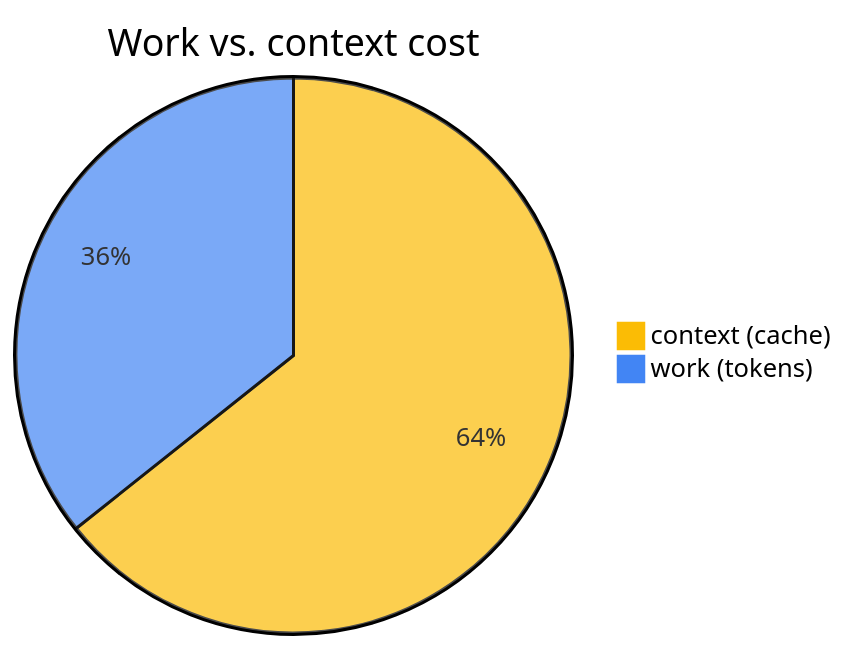
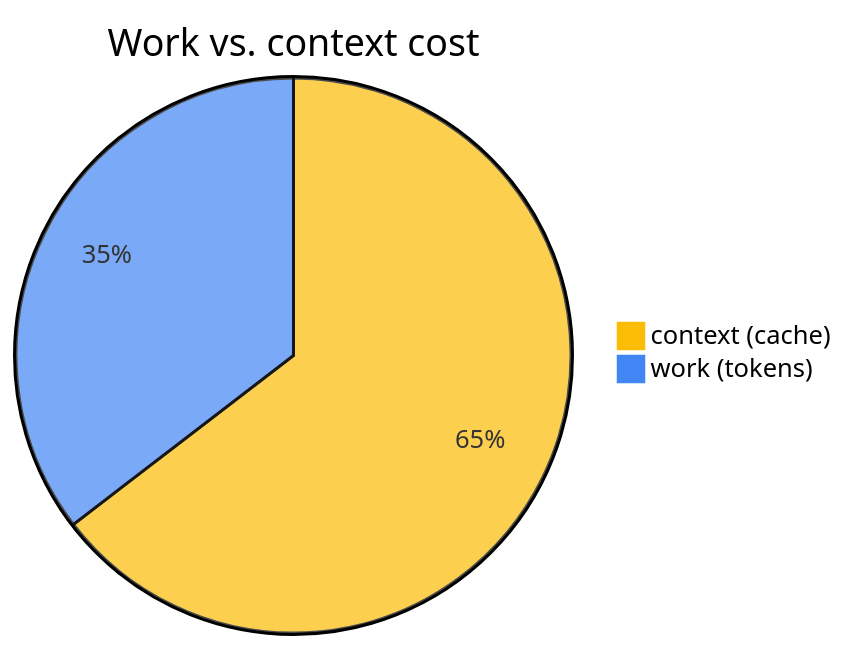
One commit to kstencell/fretflow changed the second of 2 diagrams in docs/ai-usage.md. Above: the diagram before and after it, drawn with Mermaid. The commit also changed other lines of this file and 2 other files, not shown here.

````diff
--- a/docs/ai-usage.md
+++ b/docs/ai-usage.md
@@ -42,6 +42,6 @@
 ```mermaid
 %%{init: {'themeVariables': {'pie1': '#FBBC05', 'pie2': '#4285F4'}}}%%
 pie title Work vs. context cost
-    "context (cache)" : 53.48
-    "work (tokens)" : 29.69
+    "context (cache)" : 54.90
+    "work (tokens)" : 30.11
 ```
````
